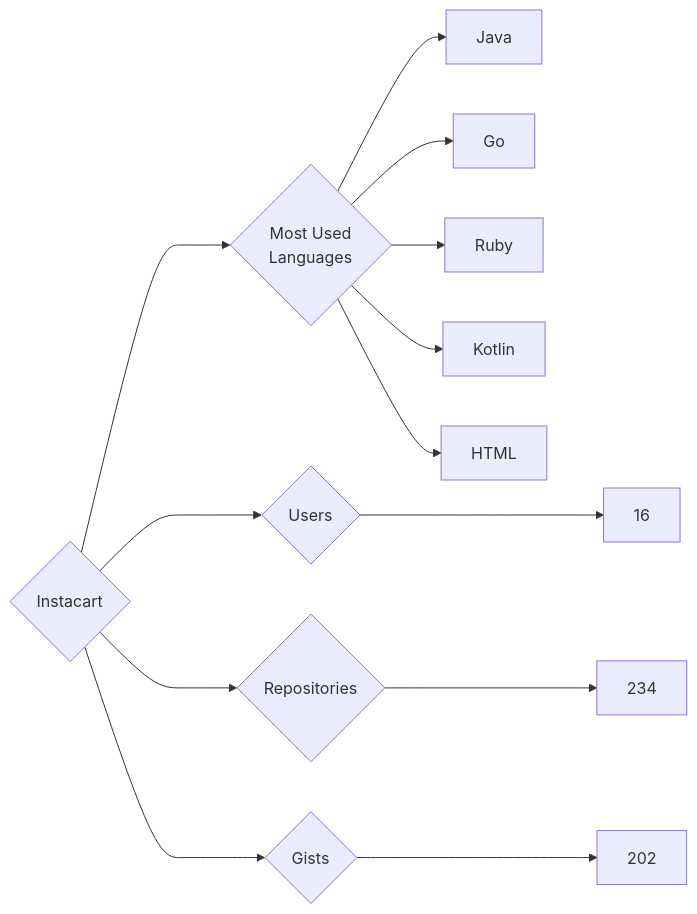
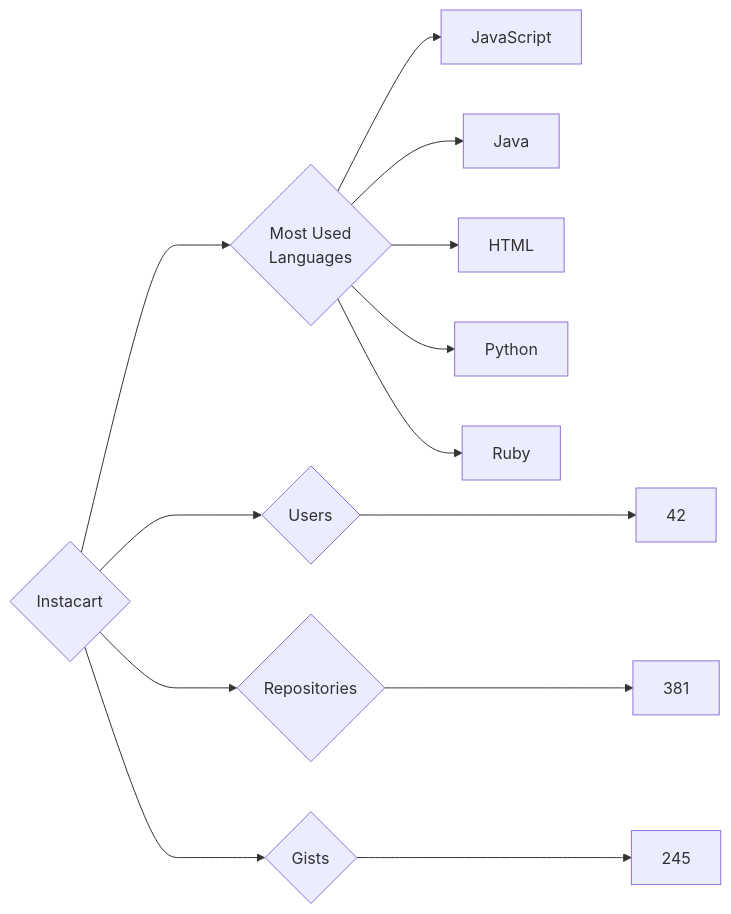
Before and after one commit to trickest/insiders: the diagram in targets/Instacart/README.md, drawn with Mermaid. The commit also changed 930 other files, not shown here.

````diff
--- a/targets/Instacart/README.md
+++ b/targets/Instacart/README.md
@@ -3,13 +3,13 @@
 ```mermaid
 graph LR
 COMPANY_NAME{Instacart}
-COMPANY_NAME ---> U{Users} ---> UN[16]
-COMPANY_NAME ---> R{Repositories} ---> RN[234]
-COMPANY_NAME ---> G{Gists} ---> GN[202]
+COMPANY_NAME ---> U{Users} ---> UN[42]
+COMPANY_NAME ---> R{Repositories} ---> RN[381]
+COMPANY_NAME ---> G{Gists} ---> GN[245]
 COMPANY_NAME ---> ML{Most Used<br>Languages}
+ML --> JavaScript[JavaScript]
 ML --> Java[Java]
-ML --> Go[Go]
+ML --> HTML[HTML]
+ML --> Python[Python]
 ML --> Ruby[Ruby]
-ML --> Kotlin[Kotlin]
-ML --> HTML[HTML]
 ```
````
